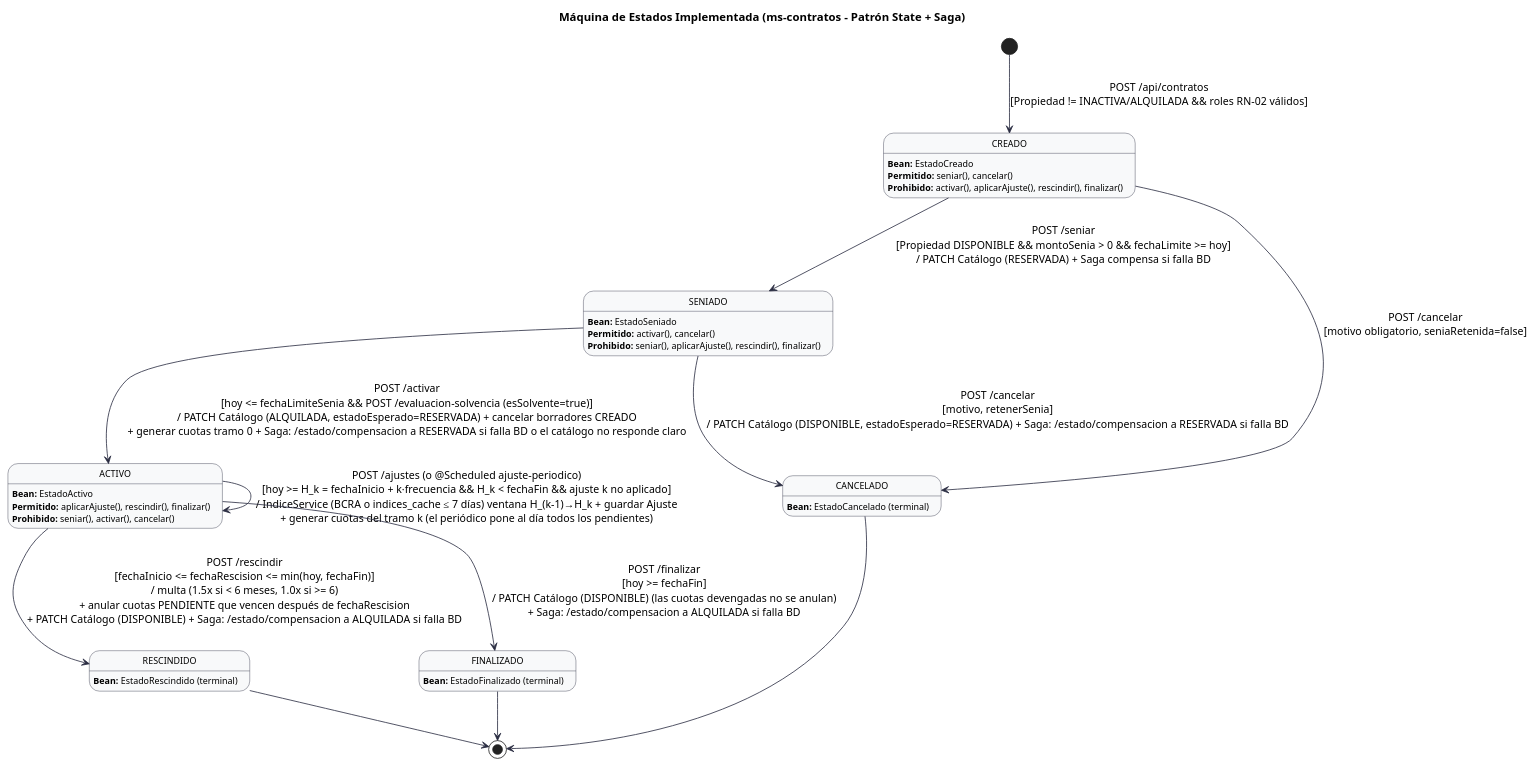
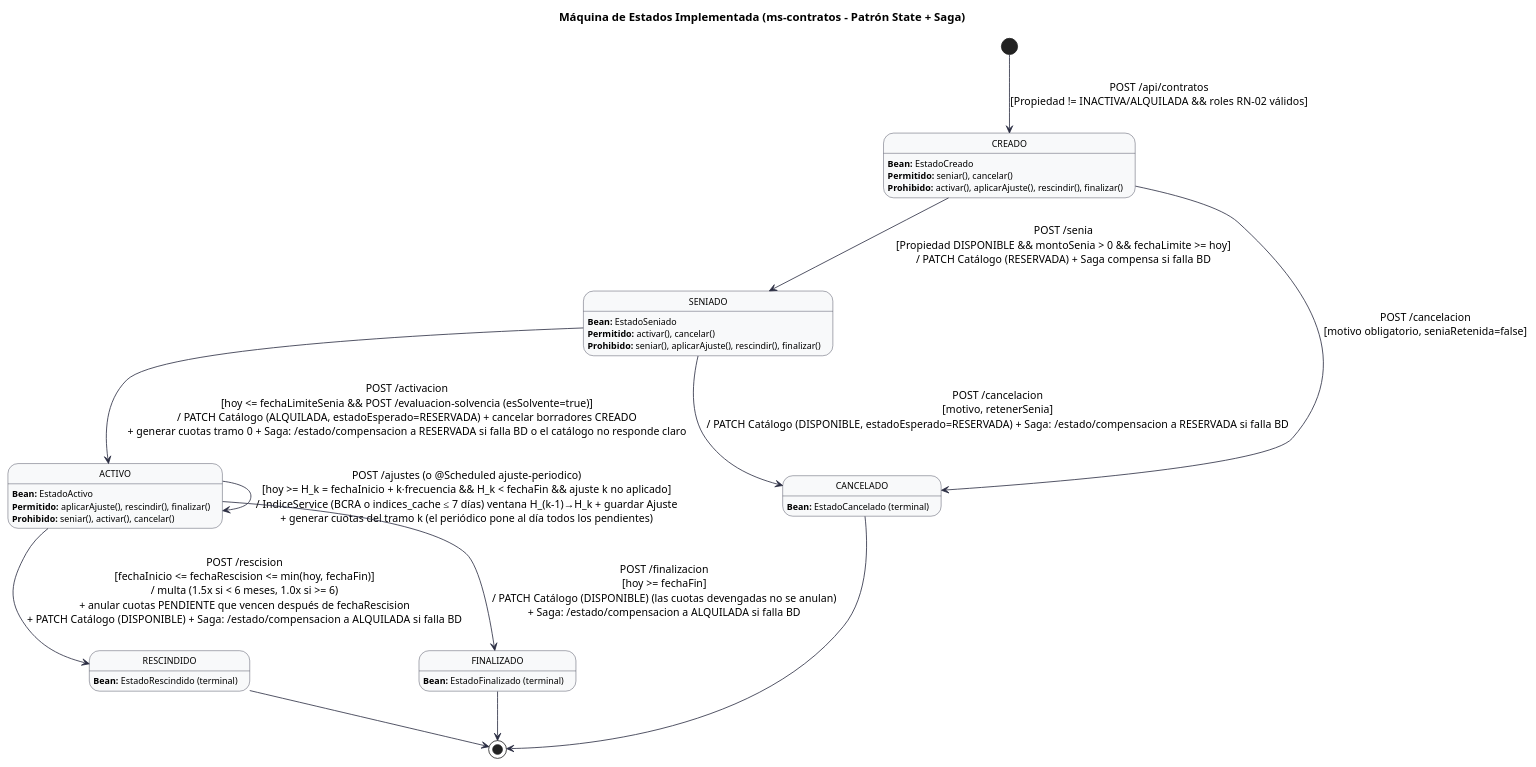
Before and after one commit to Luxuul01/tpi-back-RovedaSA: the fifth of 5 diagrams in docs/Diagramas-EntregaFinal.md, drawn with PlantUML. The commit also changed 5 other files, not shown here.

Commit message:
docs: endpoints, diagramas y casos de prueba con las rutas sustantivas

````diff
--- a/docs/Diagramas-EntregaFinal.md
+++ b/docs/Diagramas-EntregaFinal.md
@@ -615,64 +615,64 @@
 ```plantuml
 @startuml MaquinaEstados_Final
 skinparam backgroundColor #FFFFFF
 skinparam state {
     BackgroundColor #F8F9FA
     BorderColor #2B2D42
     ArrowColor #2B2D42
     FontName Arial
     FontSize 12
     AttributeFontSize 11
 }
 hide empty description
 
 title Máquina de Estados Implementada (ms-contratos - Patrón State + Saga)
 
 [*] --> CREADO : POST /api/contratos\n[Propiedad != INACTIVA/ALQUILADA && roles RN-02 válidos]
 
 state CREADO {
     CREADO : **Bean:** EstadoCreado
     CREADO : **Permitido:** seniar(), cancelar()
     CREADO : **Prohibido:** activar(), aplicarAjuste(), rescindir(), finalizar()
 }
 
-CREADO --> SENIADO : POST /seniar\n[Propiedad DISPONIBLE && montoSenia > 0 && fechaLimite >= hoy]\n/ PATCH Catálogo (RESERVADA) + Saga compensa si falla BD
+CREADO --> SENIADO : POST /senia\n[Propiedad DISPONIBLE && montoSenia > 0 && fechaLimite >= hoy]\n/ PATCH Catálogo (RESERVADA) + Saga compensa si falla BD
 
-CREADO --> CANCELADO : POST /cancelar\n[motivo obligatorio, seniaRetenida=false]
+CREADO --> CANCELADO : POST /cancelacion\n[motivo obligatorio, seniaRetenida=false]
 
 state SENIADO {
     SENIADO : **Bean:** EstadoSeniado
     SENIADO : **Permitido:** activar(), cancelar()
     SENIADO : **Prohibido:** seniar(), aplicarAjuste(), rescindir(), finalizar()
 }
 
-SENIADO --> ACTIVO : POST /activar\n[hoy <= fechaLimiteSenia && POST /evaluacion-solvencia (esSolvente=true)]\n/ PATCH Catálogo (ALQUILADA, estadoEsperado=RESERVADA) + cancelar borradores CREADO\n+ generar cuotas tramo 0 + Saga: /estado/compensacion a RESERVADA si falla BD o el catálogo no responde claro
+SENIADO --> ACTIVO : POST /activacion\n[hoy <= fechaLimiteSenia && POST /evaluacion-solvencia (esSolvente=true)]\n/ PATCH Catálogo (ALQUILADA, estadoEsperado=RESERVADA) + cancelar borradores CREADO\n+ generar cuotas tramo 0 + Saga: /estado/compensacion a RESERVADA si falla BD o el catálogo no responde claro
 
-SENIADO --> CANCELADO : POST /cancelar\n[motivo, retenerSenia]\n/ PATCH Catálogo (DISPONIBLE, estadoEsperado=RESERVADA) + Saga: /estado/compensacion a RESERVADA si falla BD
+SENIADO --> CANCELADO : POST /cancelacion\n[motivo, retenerSenia]\n/ PATCH Catálogo (DISPONIBLE, estadoEsperado=RESERVADA) + Saga: /estado/compensacion a RESERVADA si falla BD
 
 state ACTIVO {
     ACTIVO : **Bean:** EstadoActivo
     ACTIVO : **Permitido:** aplicarAjuste(), rescindir(), finalizar()
     ACTIVO : **Prohibido:** seniar(), activar(), cancelar()
 
     ACTIVO --> ACTIVO : POST /ajustes (o @Scheduled ajuste-periodico)\n[hoy >= H_k = fechaInicio + k·frecuencia && H_k < fechaFin && ajuste k no aplicado]\n/ IndiceService (BCRA o indices_cache ≤ 7 días) ventana H_(k-1)→H_k + guardar Ajuste\n+ generar cuotas del tramo k (el periódico pone al día todos los pendientes)
 }
 
-ACTIVO --> RESCINDIDO : POST /rescindir\n[fechaInicio <= fechaRescision <= min(hoy, fechaFin)]\n/ multa (1.5x si < 6 meses, 1.0x si >= 6)\n+ anular cuotas PENDIENTE que vencen después de fechaRescision\n+ PATCH Catálogo (DISPONIBLE) + Saga: /estado/compensacion a ALQUILADA si falla BD
+ACTIVO --> RESCINDIDO : POST /rescision\n[fechaInicio <= fechaRescision <= min(hoy, fechaFin)]\n/ multa (1.5x si < 6 meses, 1.0x si >= 6)\n+ anular cuotas PENDIENTE que vencen después de fechaRescision\n+ PATCH Catálogo (DISPONIBLE) + Saga: /estado/compensacion a ALQUILADA si falla BD
 
-ACTIVO --> FINALIZADO : POST /finalizar\n[hoy >= fechaFin]\n/ PATCH Catálogo (DISPONIBLE) (las cuotas devengadas no se anulan)\n+ Saga: /estado/compensacion a ALQUILADA si falla BD
+ACTIVO --> FINALIZADO : POST /finalizacion\n[hoy >= fechaFin]\n/ PATCH Catálogo (DISPONIBLE) (las cuotas devengadas no se anulan)\n+ Saga: /estado/compensacion a ALQUILADA si falla BD
 
 state CANCELADO {
     CANCELADO : **Bean:** EstadoCancelado (terminal)
 }
 state RESCINDIDO {
     RESCINDIDO : **Bean:** EstadoRescindido (terminal)
 }
 state FINALIZADO {
     FINALIZADO : **Bean:** EstadoFinalizado (terminal)
 }
 
 CANCELADO --> [*]
 RESCINDIDO --> [*]
 FINALIZADO --> [*]
 @enduml
 ```
````
